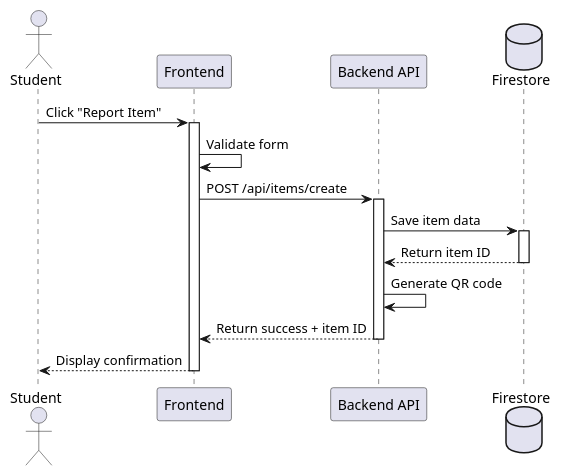
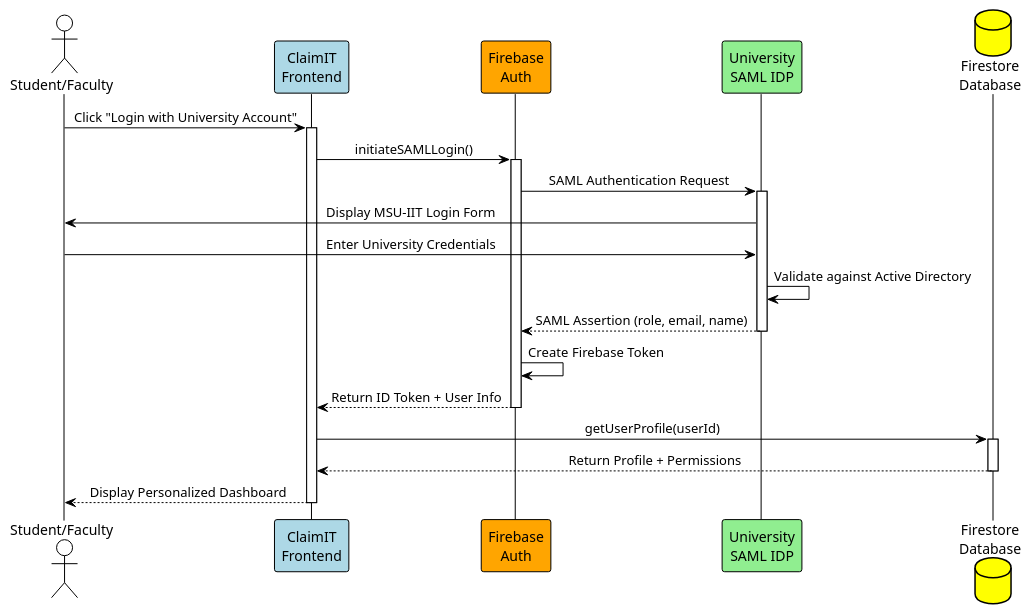
The first of 5 diagrams in DIAGRAM_CREATION_GUIDE.md (PerLanDo/ClaimIT_SRS), drawn with PlantUML before and after one commit. The commit also changed other lines of this file and 17 other files, not shown here.

Commit message:
Update documentation and add diagrams

````diff
--- a/DIAGRAM_CREATION_GUIDE.md
+++ b/DIAGRAM_CREATION_GUIDE.md
@@ -227,23 +113,34 @@
 ```plantuml
-@startuml
-actor Student
-participant "Frontend" as FE
-participant "Backend API" as BE
-database "Firestore" as DB
+@startuml ClaimIT_Auth_Sequence
+!theme plain
+skinparam backgroundColor #FFFFFF
+skinparam sequenceMessageAlign center
 
-Student -> FE: Click "Report Item"
+actor "Student/Faculty" as User
+participant "ClaimIT\nFrontend" as FE #LightBlue
+participant "Firebase\nAuth" as Auth #Orange
+participant "University\nSAML IDP" as IDP #LightGreen
+database "Firestore\nDatabase" as DB #Yellow
+
+User -> FE: Click "Login with University Account"
 activate FE
-FE -> FE: Validate form
-FE -> BE: POST /api/items/create
-activate BE
-BE -> DB: Save item data
+FE -> Auth: initiateSAMLLogin()
+activate Auth
+Auth -> IDP: SAML Authentication Request
+activate IDP
+IDP -> User: Display MSU-IIT Login Form
+User -> IDP: Enter University Credentials
+IDP -> IDP: Validate against Active Directory
+IDP --> Auth: SAML Assertion (role, email, name)
+deactivate IDP
+Auth -> Auth: Create Firebase Token
+Auth --> FE: Return ID Token + User Info
+deactivate Auth
+FE -> DB: getUserProfile(userId)
 activate DB
-DB --> BE: Return item ID
+DB --> FE: Return Profile + Permissions
 deactivate DB
-BE -> BE: Generate QR code
-BE --> FE: Return success + item ID
-deactivate BE
-FE --> Student: Display confirmation
+FE --> User: Display Personalized Dashboard
 deactivate FE
 @enduml
 ```
````
